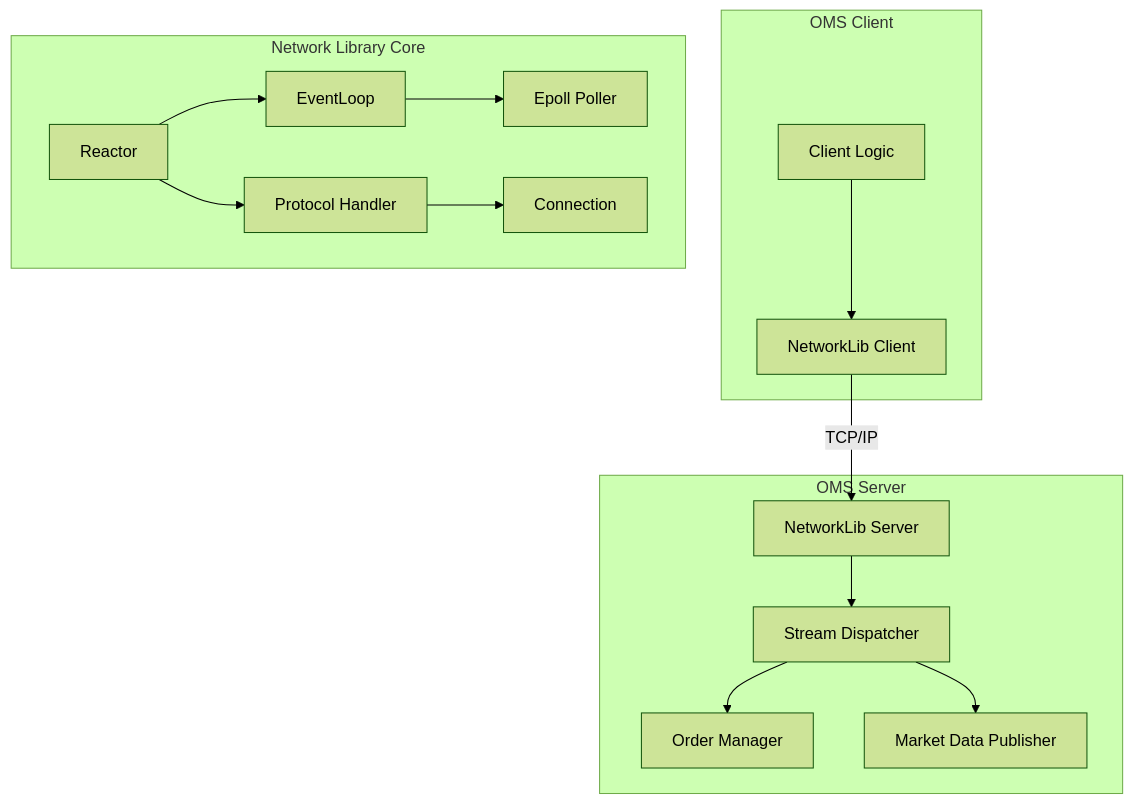
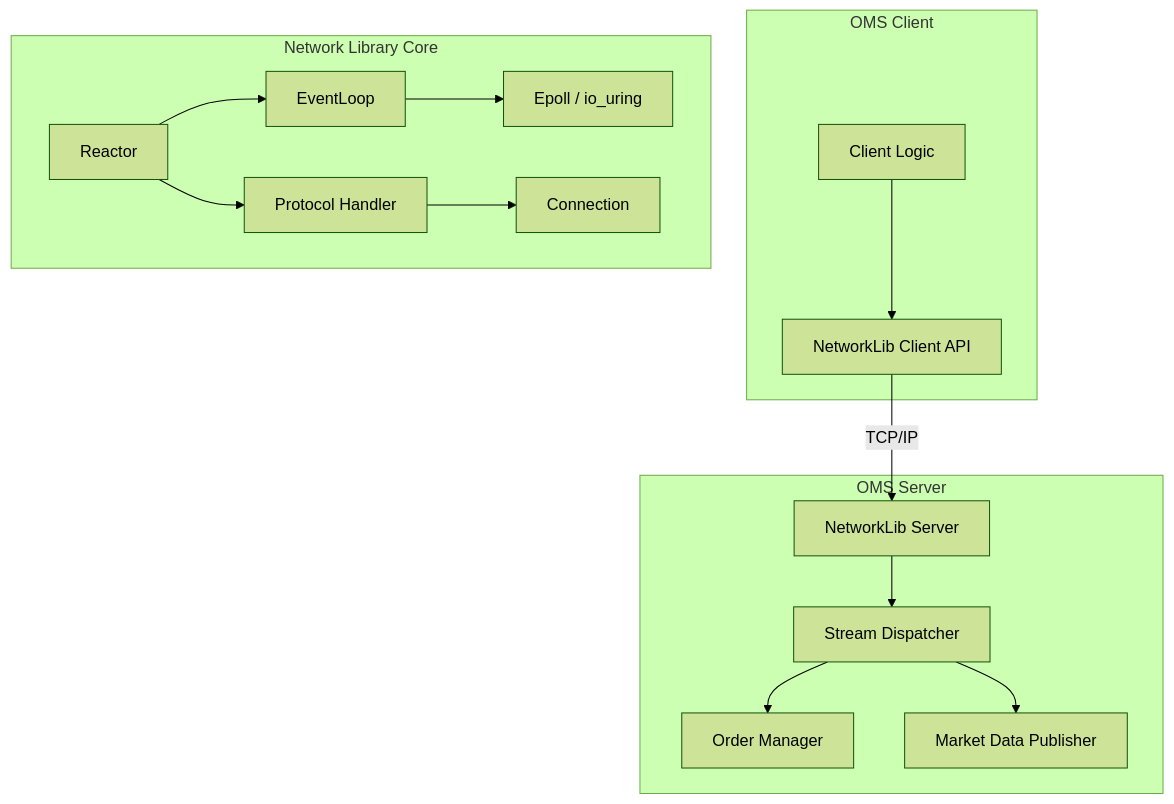
The first of 3 diagrams in docs/architecture/ARCHITECTURE.md (krishnajain872/Network_lirbary), drawn with Mermaid (forest theme) before and after one commit. The commit also changed other lines of this file, not shown here.

````diff
--- a/docs/architecture/ARCHITECTURE.md
+++ b/docs/architecture/ARCHITECTURE.md
@@ -18,21 +56,21 @@
 ```mermaid
 graph TD
     subgraph "OMS Client"
-        C_Logic[Client Logic] --> C_Net[NetworkLib Client]
+        C_Logic[Client Logic] --> C_Net[NetworkLib Client API]
     end
 
     subgraph "OMS Server"
-        S_Net[NetworkLib Server] --> S_Dispatcher[Stream Dispatcher]
-        S_Dispatcher --> OM[Order Manager]
-        S_Dispatcher --> MD[Market Data Publisher]
+        S_Net[NetworkLib Server] --> Dispatcher[Stream Dispatcher]
+        Dispatcher --> OM[Order Manager]
+        Dispatcher --> MD[Market Data Publisher]
     end
 
     C_Net -- TCP/IP --> S_Net
 
     subgraph "Network Library Core"
         Reactor --> EventLoop
-        EventLoop --> Poller[Epoll Poller]
+        EventLoop --> Poller[Epoll / io_uring]
         Reactor --> Protocol[Protocol Handler]
         Protocol --> Connection
     end
 ```
````
